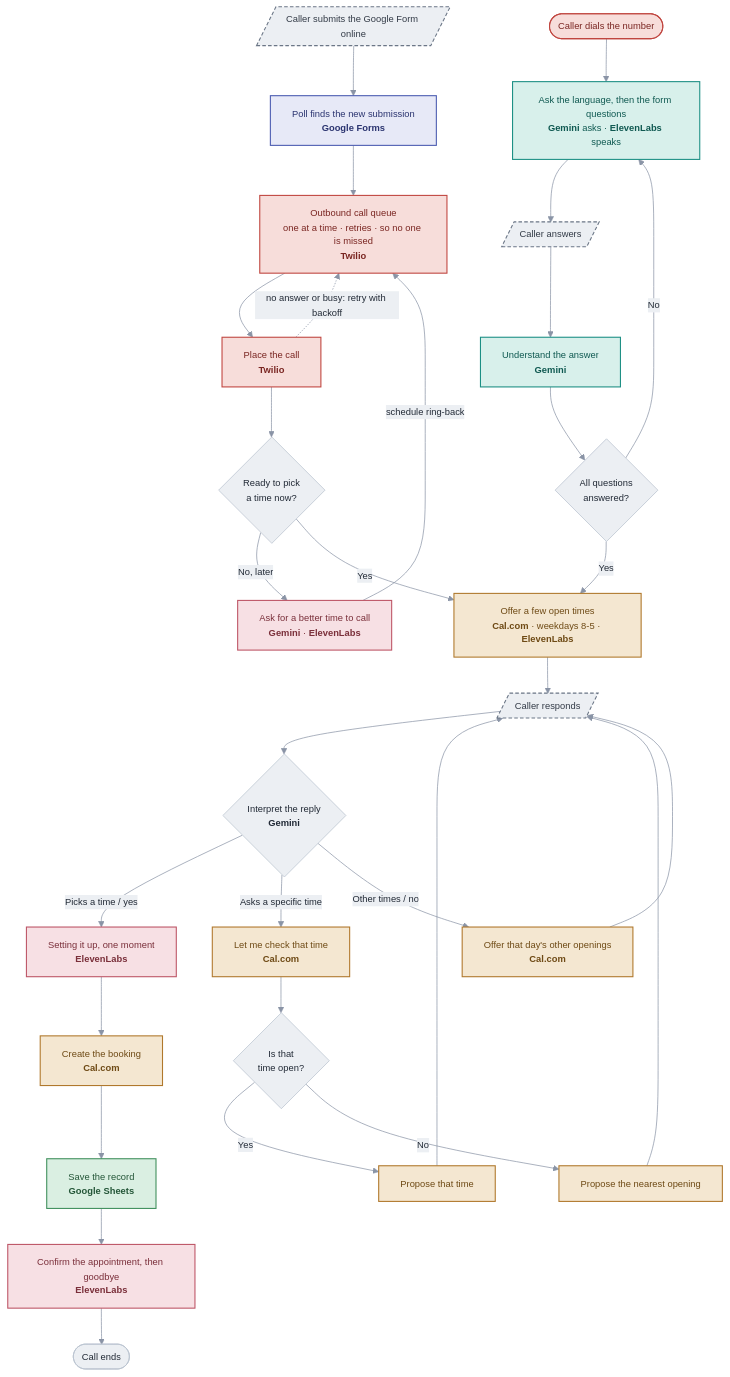
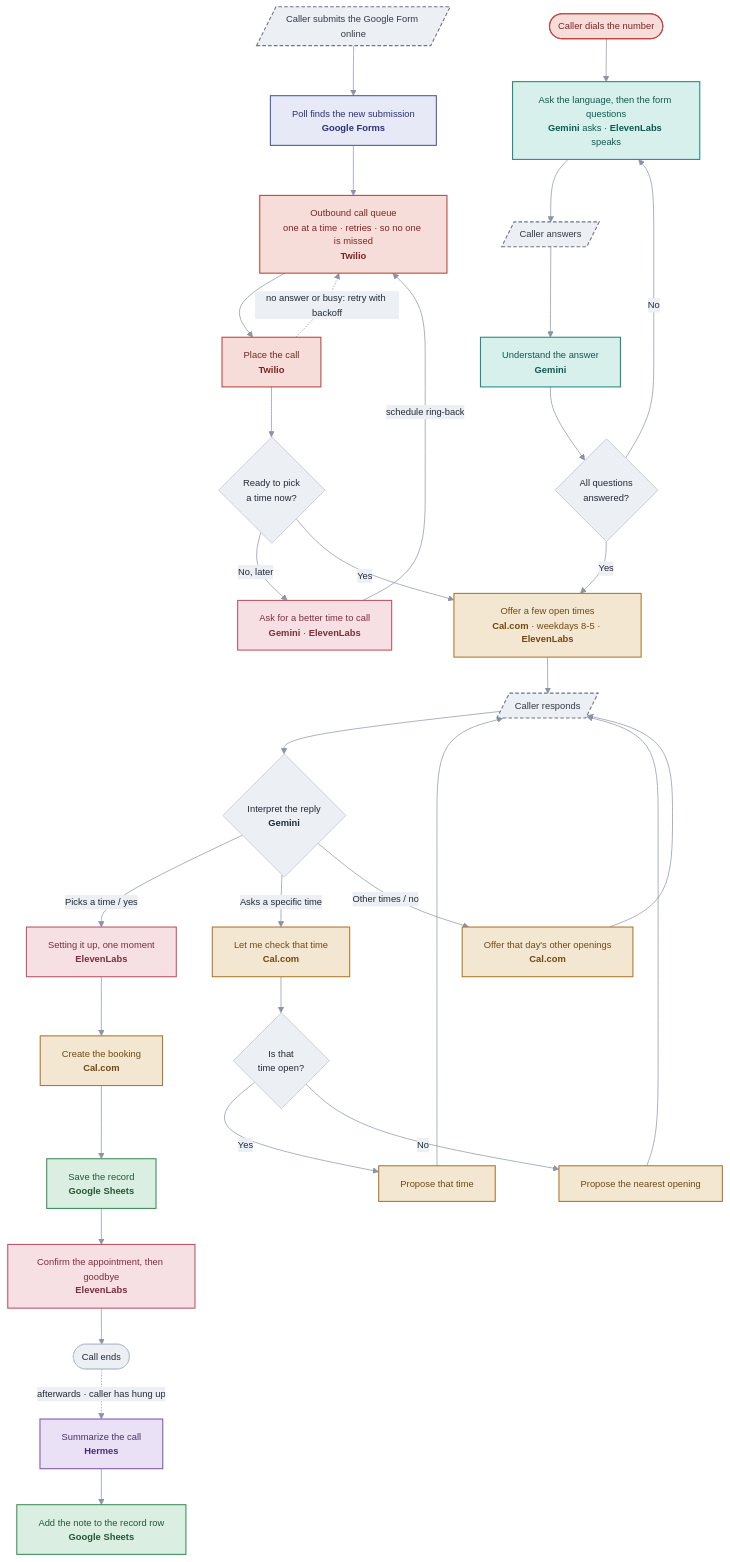
The diagram in docs/flowchart.mmd (tecace-soft/voice-agent), drawn with Mermaid before and after one commit. The commit also changed 4 other files, not shown here.

Commit message:
Updated README and flow chart

```diff
--- a/docs/flowchart.mmd
+++ b/docs/flowchart.mmd
@@ -1,46 +1,51 @@
 %%{init: {'theme':'base','themeVariables':{'fontFamily':'ui-sans-serif, system-ui, sans-serif','fontSize':'13px','lineColor':'#8a94a6','primaryColor':'#eceff3','primaryTextColor':'#222a36','primaryBorderColor':'#b9c2ce','edgeLabelBackground':'#eceff3'}}}%%
 flowchart TD
     %% ---- entry 1: outbound — form submission -> queued call ----
     Form[/"Caller submits the Google Form online"/]:::caller --> Poll["Poll finds the new submission<br/><b>Google Forms</b>"]:::forms
     Poll --> Queue["Outbound call queue<br/>one at a time · retries · so no one is missed<br/><b>Twilio</b>"]:::twilio
     Queue --> Call["Place the call<br/><b>Twilio</b>"]:::twilio
     Call -. "no answer or busy: retry with backoff" .-> Queue
     Call --> Ready{"Ready to pick<br/>a time now?"}
     Ready -->|No, later| CB["Ask for a better time to call<br/><b>Gemini</b> · <b>ElevenLabs</b>"]:::voice
     CB -->|schedule ring-back| Queue
     Ready -->|Yes| Offer
 
     %% ---- entry 2: inbound, caller dials in ----
     Dial(["Caller dials the number"]):::twilio --> Ask["Ask the language, then the form questions<br/><b>Gemini</b> asks · <b>ElevenLabs</b> speaks"]:::gemini
     Ask --> Say[/"Caller answers"/]:::caller
     Say --> Understand["Understand the answer<br/><b>Gemini</b>"]:::gemini
     Understand --> Done{"All questions<br/>answered?"}
     Done -->|No| Ask
     Done -->|Yes| Offer
 
     %% ---- scheduling: offer, then interpret the reply ----
     Offer["Offer a few open times<br/><b>Cal.com</b> · weekdays 8-5 · <b>ElevenLabs</b>"]:::cal --> Resp[/Caller responds/]:::caller
     Resp --> Intent{"Interpret the reply<br/><b>Gemini</b>"}
     Intent -->|Picks a time / yes| Ack
     Intent -->|Asks a specific time| Check["Let me check that time<br/><b>Cal.com</b>"]:::cal
     Intent -->|Other times / no| Others["Offer that day's other openings<br/><b>Cal.com</b>"]:::cal
     Others --> Resp
     Check --> Free{"Is that<br/>time open?"}
     Free -->|Yes| Prop["Propose that time"]:::cal
     Free -->|No| Near["Propose the nearest opening"]:::cal
     Prop --> Resp
     Near --> Resp
 
     %% ---- booking: acknowledge, then do the slow work, then confirm ----
     Ack["Setting it up, one moment<br/><b>ElevenLabs</b>"]:::voice --> Book["Create the booking<br/><b>Cal.com</b>"]:::cal
     Book --> Save["Save the record<br/><b>Google Sheets</b>"]:::sheets
     Save --> Confirm["Confirm the appointment, then goodbye<br/><b>ElevenLabs</b>"]:::voice
     Confirm --> End(["Call ends"])
 
+    %% ---- after the call: background summary (caller has hung up) ----
+    End -. "afterwards · caller has hung up" .-> Summary["Summarize the call<br/><b>Hermes</b>"]:::hermes
+    Summary --> Note["Add the note to the record row<br/><b>Google Sheets</b>"]:::sheets
+
     classDef forms fill:#e7e9f7,stroke:#4a5bb0,color:#2b3470,stroke-width:1.5px;
+    classDef hermes fill:#eae1f6,stroke:#7d5bb0,color:#472f6e,stroke-width:1.5px;
     classDef gemini fill:#d8f0eb,stroke:#1c8f84,color:#0f5951,stroke-width:1.5px;
     classDef voice fill:#f7e0e4,stroke:#bd5566,color:#7a2f3a,stroke-width:1.5px;
     classDef cal fill:#f4e7d1,stroke:#b0782c,color:#6e4a15,stroke-width:1.5px;
     classDef sheets fill:#daefe2,stroke:#3f8f5c,color:#245638,stroke-width:1.5px;
     classDef twilio fill:#f7ddda,stroke:#c0453f,color:#7a2622,stroke-width:1.5px;
     classDef caller fill:#eceff3,stroke:#6b7686,color:#333b47,stroke-width:1.5px,stroke-dasharray:5 3;
```
